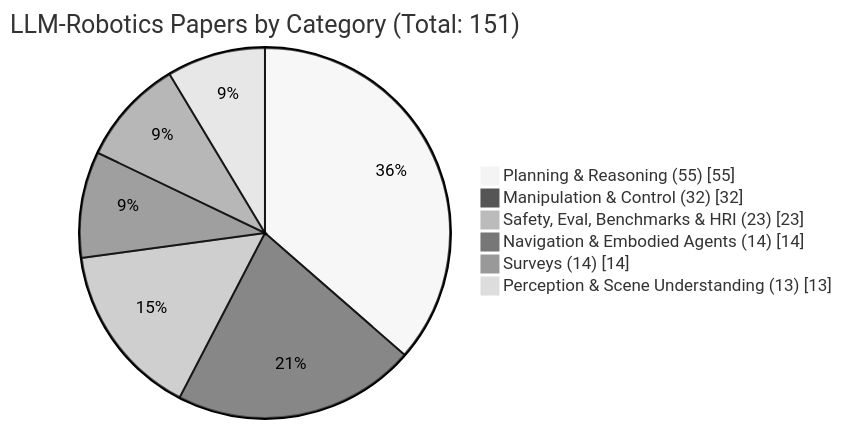
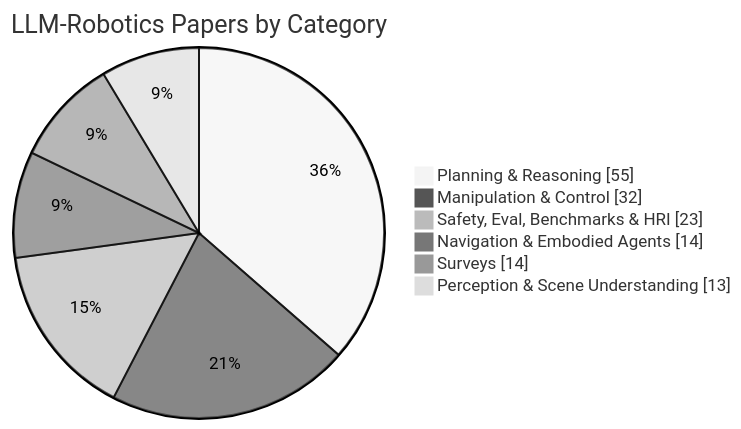
The diagram in README.md (TTZ-KT/LLMs-Used-in-Robotics), drawn with Mermaid (neutral theme) before and after one commit.

````diff
--- a/README.md
+++ b/README.md
@@ -70,10 +70,10 @@
 ```mermaid
 pie showData
-    title LLM-Robotics Papers by Category (Total: 151)
-    "Planning & Reasoning (55)" : 55
-    "Manipulation & Control (32)" : 32
-    "Safety, Eval, Benchmarks & HRI (23)" : 23
-    "Navigation & Embodied Agents (14)" : 14
-    "Surveys (14)" : 14
-    "Perception & Scene Understanding (13)" : 13
+    title LLM-Robotics Papers by Category
+    "Planning & Reasoning " : 55
+    "Manipulation & Control " : 32
+    "Safety, Eval, Benchmarks & HRI " : 23
+    "Navigation & Embodied Agents " : 14
+    "Surveys " : 14
+    "Perception & Scene Understanding " : 13
 ```
````
